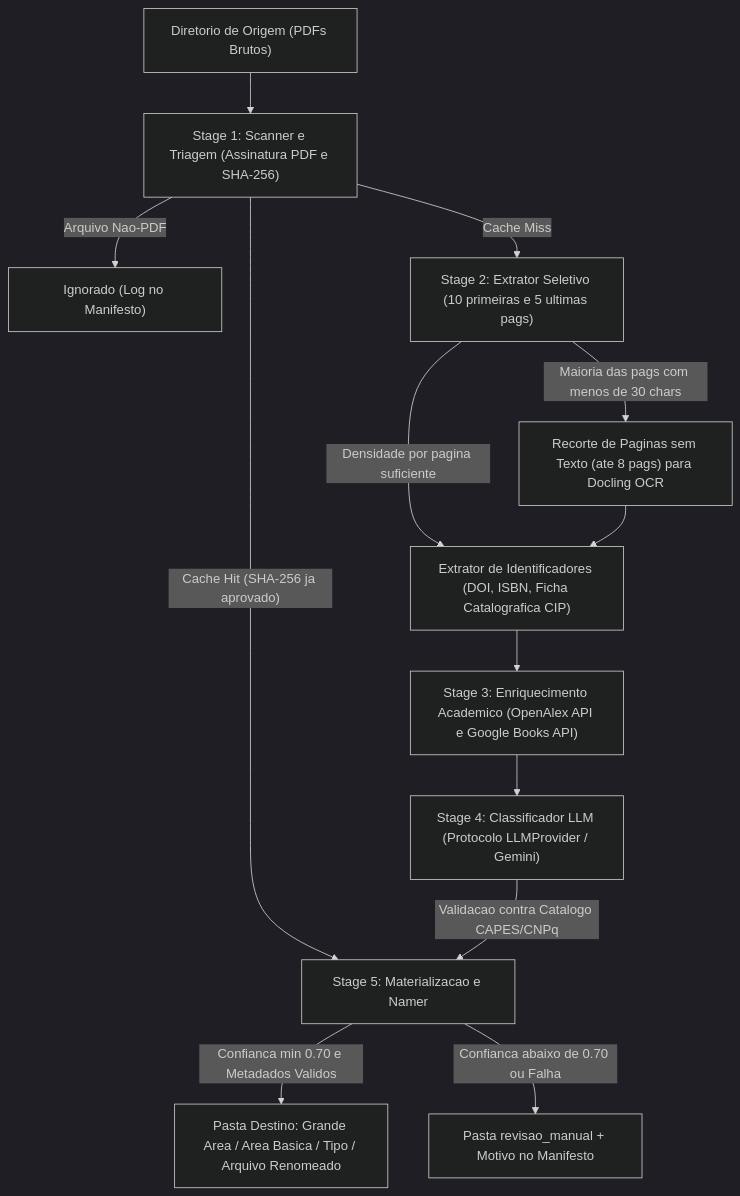
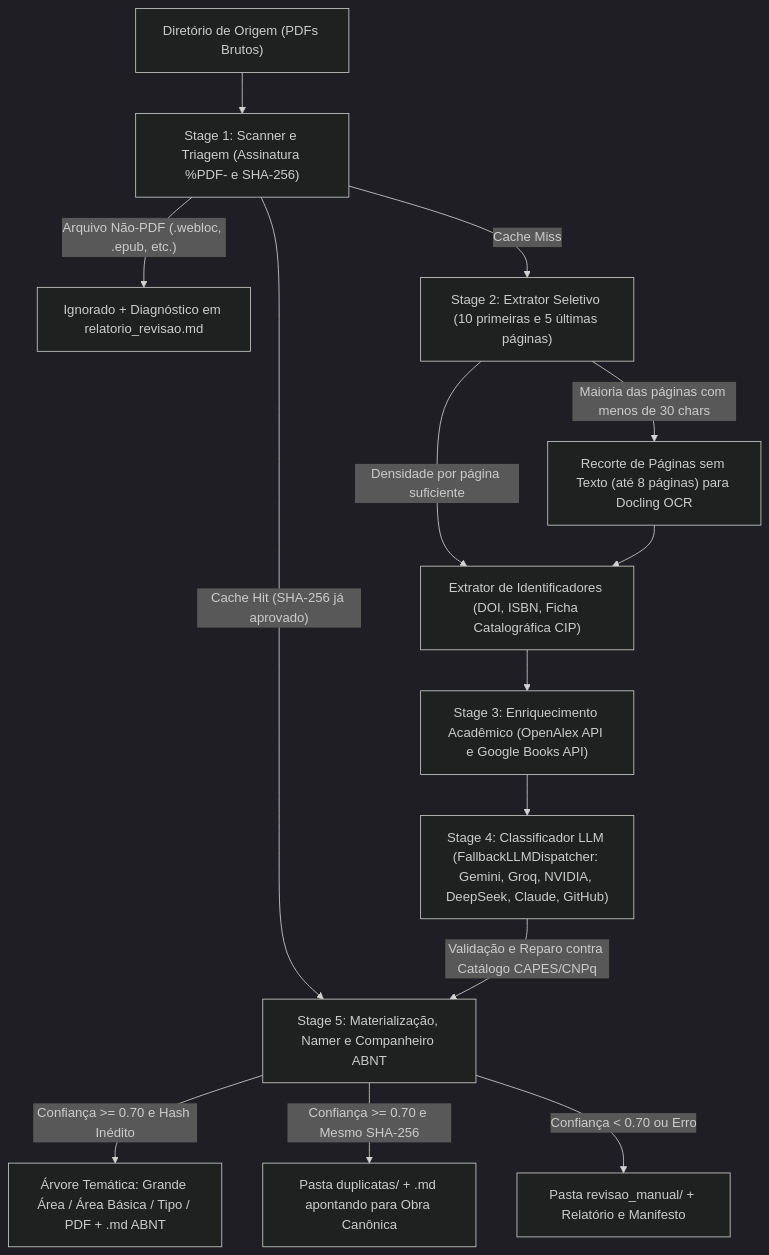
The diagram in docs/designs/bibliotec.md (dcprj/bibliotec), drawn with Mermaid (dark theme) before and after one commit. The commit also changed other lines of this file and 60 other files, not shown here.

Commit message:
release: BiblioTEC v1.0.0 - Organizador Acadêmico de PDFs Multiplataforma

````diff
--- a/docs/designs/bibliotec.md
+++ b/docs/designs/bibliotec.md
@@ -57,15 +58,16 @@
 ```mermaid
 flowchart TD
-    A["Diretorio de Origem (PDFs Brutos)"] --> B["Stage 1: Scanner e Triagem (Assinatura PDF e SHA-256)"]
-    B -->|"Arquivo Nao-PDF"| X["Ignorado (Log no Manifesto)"]
-    B -->|"Cache Hit (SHA-256 ja aprovado)"| G["Stage 5: Materializacao e Namer"]
-    B -->|"Cache Miss"| C["Stage 2: Extrator Seletivo (10 primeiras e 5 ultimas pags)"]
-    C -->|"Densidade por pagina suficiente"| D["Extrator de Identificadores (DOI, ISBN, Ficha Catalografica CIP)"]
-    C -->|"Maioria das pags com menos de 30 chars"| C2["Recorte de Paginas sem Texto (ate 8 pags) para Docling OCR"]
+    A["Diretório de Origem (PDFs Brutos)"] --> B["Stage 1: Scanner e Triagem (Assinatura %PDF- e SHA-256)"]
+    B -->|"Arquivo Não-PDF (.webloc, .epub, etc.)"| X["Ignorado + Diagnóstico em relatorio_revisao.md"]
+    B -->|"Cache Hit (SHA-256 já aprovado)"| G["Stage 5: Materialização, Namer e Companheiro ABNT"]
+    B -->|"Cache Miss"| C["Stage 2: Extrator Seletivo (10 primeiras e 5 últimas páginas)"]
+    C -->|"Densidade por página suficiente"| D["Extrator de Identificadores (DOI, ISBN, Ficha Catalográfica CIP)"]
+    C -->|"Maioria das páginas com menos de 30 chars"| C2["Recorte de Páginas sem Texto (até 8 páginas) para Docling OCR"]
     C2 --> D
-    D --> E["Stage 3: Enriquecimento Academico (OpenAlex API e Google Books API)"]
-    E --> F["Stage 4: Classificador LLM (Protocolo LLMProvider / Gemini)"]
-    F -->|"Validacao contra Catalogo CAPES/CNPq"| G
-    G -->|"Confianca min 0.70 e Metadados Validos"| H["Pasta Destino: Grande Area / Area Basica / Tipo / Arquivo Renomeado"]
-    G -->|"Confianca abaixo de 0.70 ou Falha"| I["Pasta revisao_manual + Motivo no Manifesto"]
+    D --> E["Stage 3: Enriquecimento Acadêmico (OpenAlex API e Google Books API)"]
+    E --> F["Stage 4: Classificador LLM (FallbackLLMDispatcher: Gemini, Groq, NVIDIA, DeepSeek, Claude, GitHub)"]
+    F -->|"Validação e Reparo contra Catálogo CAPES/CNPq"| G
+    G -->|"Confiança >= 0.70 e Hash Inédito"| H["Árvore Temática: Grande Área / Área Básica / Tipo / PDF + .md ABNT"]
+    G -->|"Confiança >= 0.70 e Mesmo SHA-256"| J["Pasta duplicatas/ + .md apontando para Obra Canônica"]
+    G -->|"Confiança < 0.70 ou Erro"| I["Pasta revisao_manual/ + Relatório e Manifesto"]
 ```
````
